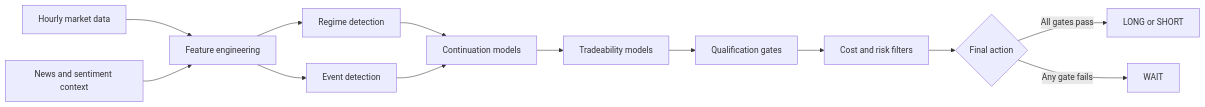
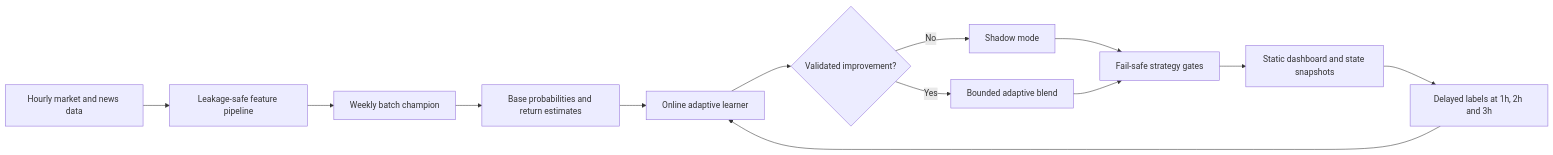
One commit to TheLouisMahdi/btc-hourly-forecast changed the diagram in README.md. Above: the diagram before and after it, drawn with Mermaid. The commit also changed other lines of this file, not shown here.

Commit message:
docs: document adaptive architecture and safety model

````diff
--- a/README.md
+++ b/README.md
@@ -75,15 +37,15 @@
 ```mermaid
 flowchart LR
-    A[Hourly market data] --> B[Feature engineering]
-    N[News and sentiment context] --> B
-    B --> C[Regime detection]
-    B --> D[Event detection]
-    C --> E[Continuation models]
-    D --> E
-    E --> F[Tradeability models]
-    F --> G[Qualification gates]
-    G --> H[Cost and risk filters]
-    H --> I{Final action}
-    I -->|All gates pass| J[LONG or SHORT]
-    I -->|Any gate fails| K[WAIT]
+    A[Hourly market and news data] --> B[Leakage-safe feature pipeline]
+    B --> C[Weekly batch champion]
+    C --> D[Base probabilities and return estimates]
+    D --> E[Online adaptive learner]
+    E --> F{Validated improvement?}
+    F -- No --> G[Shadow mode]
+    F -- Yes --> H[Bounded adaptive blend]
+    G --> I[Fail-safe strategy gates]
+    H --> I
+    I --> J[Static dashboard and state snapshots]
+    J --> K[Delayed labels at 1h, 2h and 3h]
+    K --> E
 ```
````
